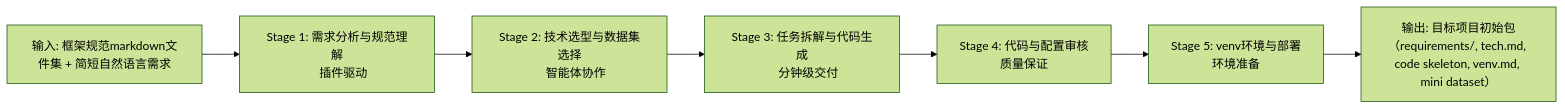
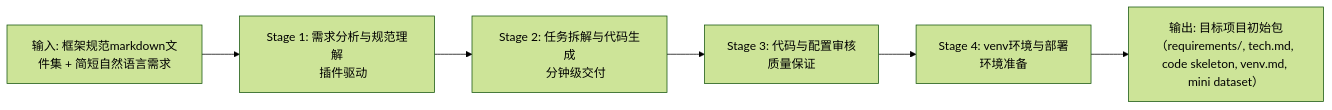
Before and after one commit to ouyangshixiong/context-engineering-zh: the first of 15 diagrams in README.md, drawn with Mermaid (forest theme). The commit also changed other lines of this file and 1 other file, not shown here.

````diff
--- a/README.md
+++ b/README.md
@@ -128,17 +125,15 @@
 ```mermaid
 flowchart LR
     S1[Stage 1: 需求分析与规范理解
     插件驱动]
-    S2[Stage 2: 技术选型与数据集选择
-    智能体协作]
-    S3[Stage 3: 任务拆解与代码生成
+    S2[Stage 2: 任务拆解与代码生成
     分钟级交付]
-    S4[Stage 4: 代码与配置审核
+    S3[Stage 3: 代码与配置审核
     质量保证]
-    S5[Stage 5: venv环境与部署
+    S4[Stage 4: venv环境与部署
     环境准备]
     IN[输入: 框架规范markdown文件集 + 简短自然语言需求]
     OUT[输出: 目标项目初始包（requirements/, tech.md, code skeleton, venv.md, mini dataset）]
 
-    IN --> S1 --> S2 --> S3 --> S4 --> S5 --> OUT
+    IN --> S1 --> S2 --> S3 --> S4 --> OUT
 ```
````
